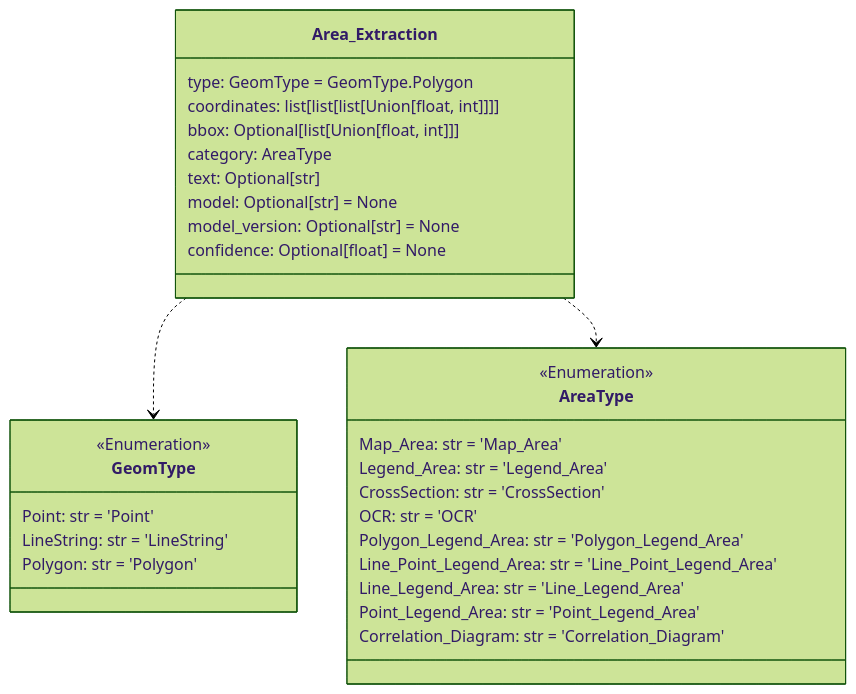
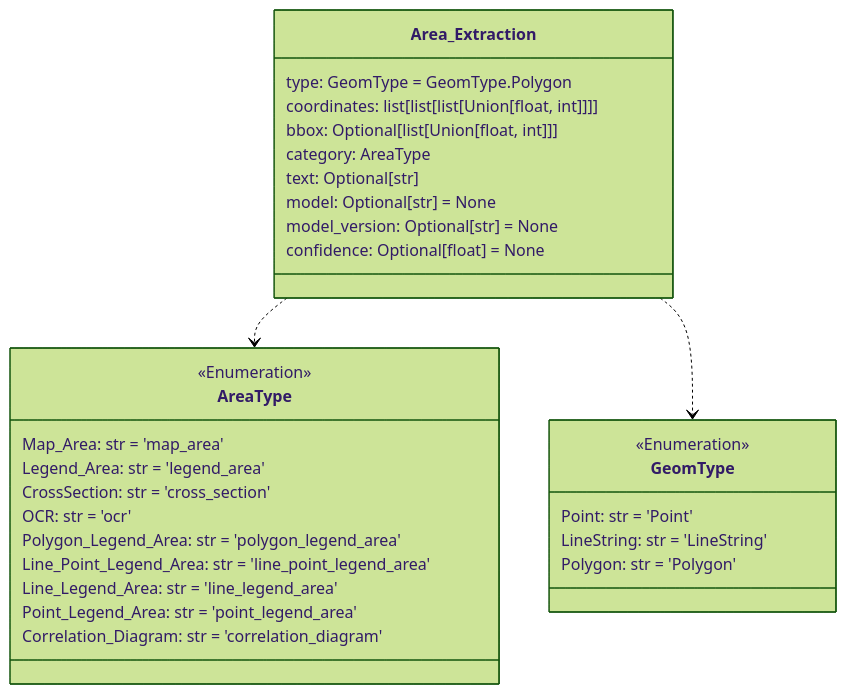
Before and after one commit to DARPA-CRITICALMAAS/cdr_schemas: the first of 12 diagrams in README.md, drawn with Mermaid (forest theme). The commit also changed 1 other file, not shown here.

Commit message:
version bump

````diff
--- a/README.md
+++ b/README.md
@@ -66,39 +66,39 @@
 ```mermaid
 classDiagram
+
+    class AreaType {
+        <<Enumeration>>
+        Map_Area: str = 'map_area'
+        Legend_Area: str = 'legend_area'
+        CrossSection: str = 'cross_section'
+        OCR: str = 'ocr'
+        Polygon_Legend_Area: str = 'polygon_legend_area'
+        Line_Point_Legend_Area: str = 'line_point_legend_area'
+        Line_Legend_Area: str = 'line_legend_area'
+        Point_Legend_Area: str = 'point_legend_area'
+        Correlation_Diagram: str = 'correlation_diagram'
+    }
+
+    class GeomType {
+        <<Enumeration>>
+        Point: str = 'Point'
+        LineString: str = 'LineString'
+        Polygon: str = 'Polygon'
+    }
 
     class Area_Extraction {
         type: GeomType = GeomType.Polygon
         coordinates: list[list[list[Union[float, int]]]]
         bbox: Optional[list[Union[float, int]]]
         category: AreaType
         text: Optional[str]
         model: Optional[str] = None
         model_version: Optional[str] = None
         confidence: Optional[float] = None
     }
 
-    class GeomType {
-        <<Enumeration>>
-        Point: str = 'Point'
-        LineString: str = 'LineString'
-        Polygon: str = 'Polygon'
-    }
-
-    class AreaType {
-        <<Enumeration>>
-        Map_Area: str = 'Map_Area'
-        Legend_Area: str = 'Legend_Area'
-        CrossSection: str = 'CrossSection'
-        OCR: str = 'OCR'
-        Polygon_Legend_Area: str = 'Polygon_Legend_Area'
-        Line_Point_Legend_Area: str = 'Line_Point_Legend_Area'
-        Line_Legend_Area: str = 'Line_Legend_Area'
-        Point_Legend_Area: str = 'Point_Legend_Area'
-        Correlation_Diagram: str = 'Correlation_Diagram'
-    }
-
+    Area_Extraction ..> AreaType
     Area_Extraction ..> GeomType
-    Area_Extraction ..> AreaType
 
 
 ```
````
